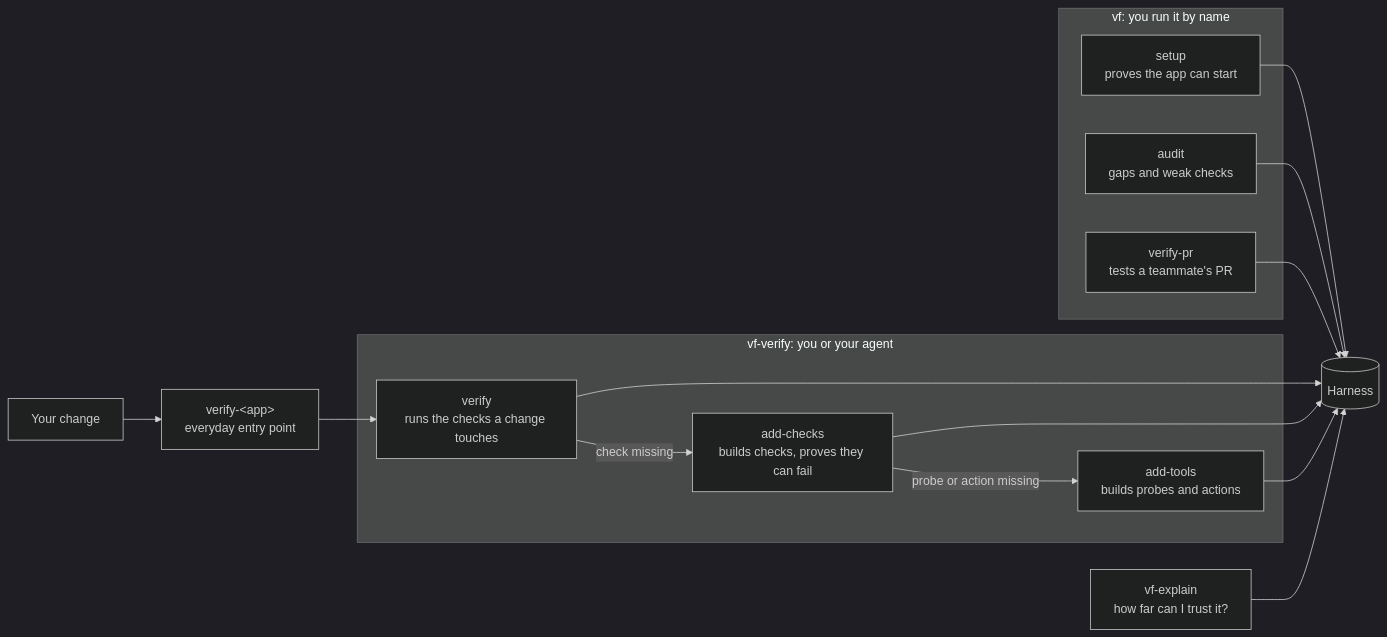
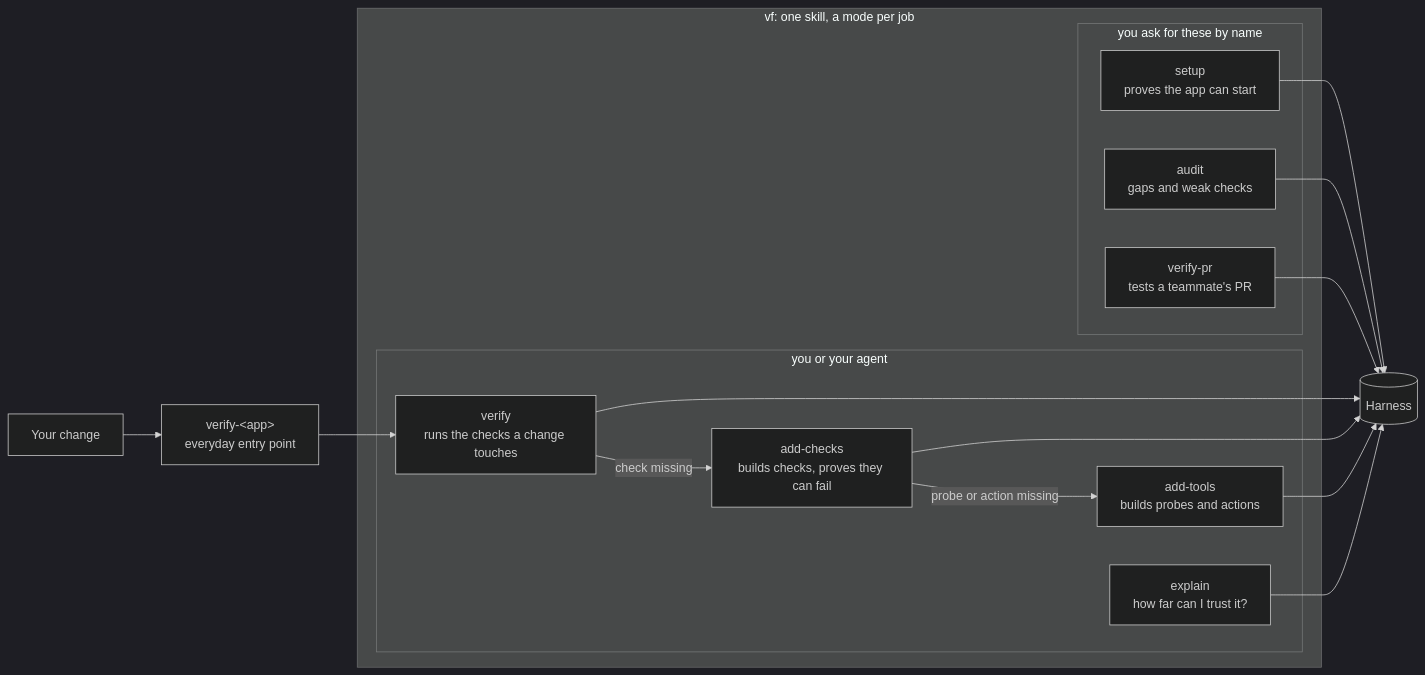
The diagram in USAGE.md (kennymatsudo/verification-framework), drawn with Mermaid (dark theme) before and after one commit. The commit also changed other lines of this file and 57 other files, not shown here.

First line of the commit message:
One skill: vf with a mode for each job; ADR 0014

````diff
--- a/USAGE.md
+++ b/USAGE.md
@@ -118,19 +118,21 @@
 ```mermaid
 flowchart LR
-  subgraph vf[vf: you run it by name]
-    setup[setup<br/>proves the app can start]
-    audit[audit<br/>gaps and weak checks]
-    pr[verify-pr<br/>tests a teammate's PR]
-  end
-  subgraph vfv[vf-verify: you or your agent]
-    verify[verify<br/>runs the checks a change touches]
-    build[add-checks<br/>builds checks, proves they can fail]
-    tools[add-tools<br/>builds probes and actions]
-    verify -->|check missing| build
-    build -->|probe or action missing| tools
+  subgraph vf[vf: one skill, a mode per job]
+    subgraph person[you ask for these by name]
+      setup[setup<br/>proves the app can start]
+      audit[audit<br/>gaps and weak checks]
+      pr[verify-pr<br/>tests a teammate's PR]
+    end
+    subgraph agent[you or your agent]
+      verify[verify<br/>runs the checks a change touches]
+      build[add-checks<br/>builds checks, proves they can fail]
+      tools[add-tools<br/>builds probes and actions]
+      explain[explain<br/>how far can I trust it?]
+      verify -->|check missing| build
+      build -->|probe or action missing| tools
+    end
   end
   you[Your change] --> app[verify-&lt;app&gt;<br/>everyday entry point] --> verify
   harness[(Harness)]
-  setup & audit & pr & verify & build & tools --> harness
-  explain[vf-explain<br/>how far can I trust it?] --> harness
+  setup & audit & pr & verify & build & tools & explain --> harness
 ```
````
